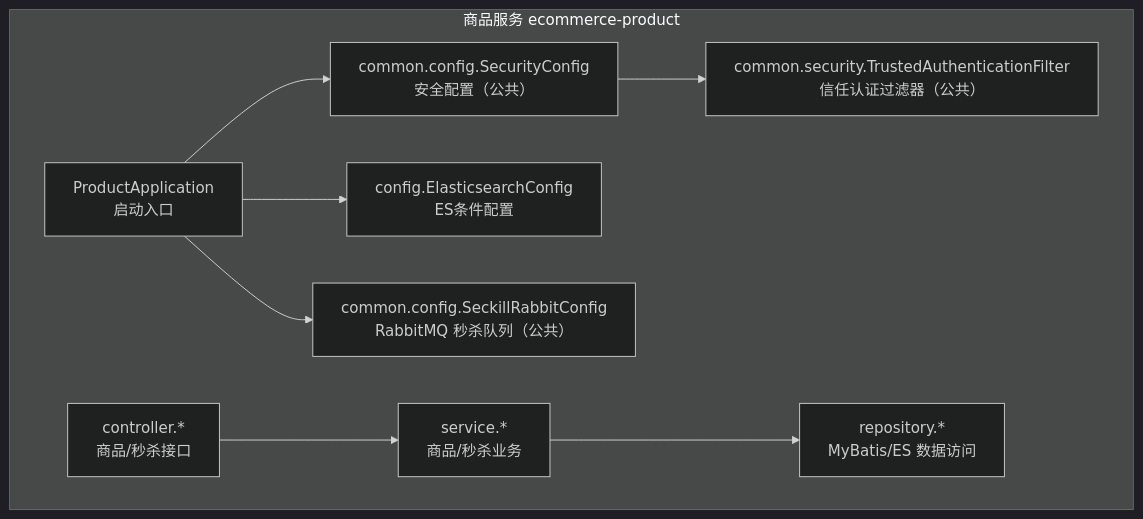
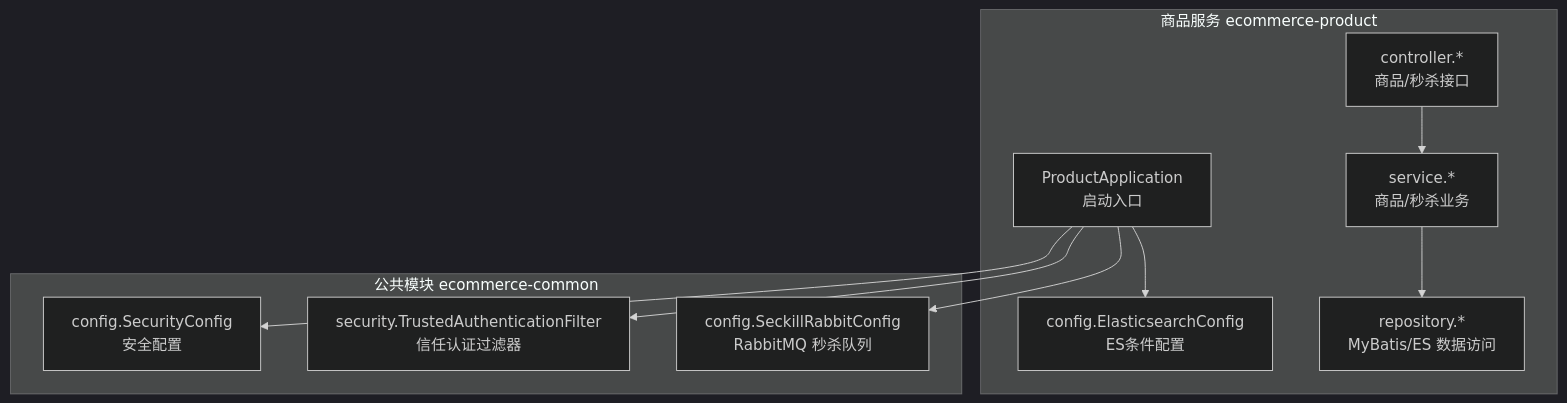
One commit to haohailiang/qoder-fullstack changed the first of 9 diagrams in .qoder/repowiki/zh/content/后端架构设计/商品服务/商品服务架构设计.md. Above: the diagram before and after it, drawn with Mermaid (dark theme). The commit also changed other lines of this file and 36 other files, not shown here.

````diff
--- a/.qoder/repowiki/zh/content/后端架构设计/商品服务/商品服务架构设计.md
+++ b/.qoder/repowiki/zh/content/后端架构设计/商品服务/商品服务架构设计.md
@@ -50,19 +50,21 @@
 ```mermaid
 graph TB
 subgraph "商品服务 ecommerce-product"
 A["ProductApplication<br/>启动入口"]
-B["common.config.SecurityConfig<br/>安全配置（公共）"]
-C["common.security.TrustedAuthenticationFilter<br/>信任认证过滤器（公共）"]
 D["config.ElasticsearchConfig<br/>ES条件配置"]
-E["common.config.SeckillRabbitConfig<br/>RabbitMQ 秒杀队列（公共）"]
 F["controller.*<br/>商品/秒杀接口"]
 G["service.*<br/>商品/秒杀业务"]
 H["repository.*<br/>MyBatis/ES 数据访问"]
 end
+subgraph "公共模块 ecommerce-common"
+B["config.SecurityConfig<br/>安全配置"]
+C["security.TrustedAuthenticationFilter<br/>信任认证过滤器"]
+E["config.SeckillRabbitConfig<br/>RabbitMQ 秒杀队列"]
+end
+A --> D
 A --> B
-A --> D
+A --> C
 A --> E
-B --> C
 F --> G
 G --> H
 ```
````
